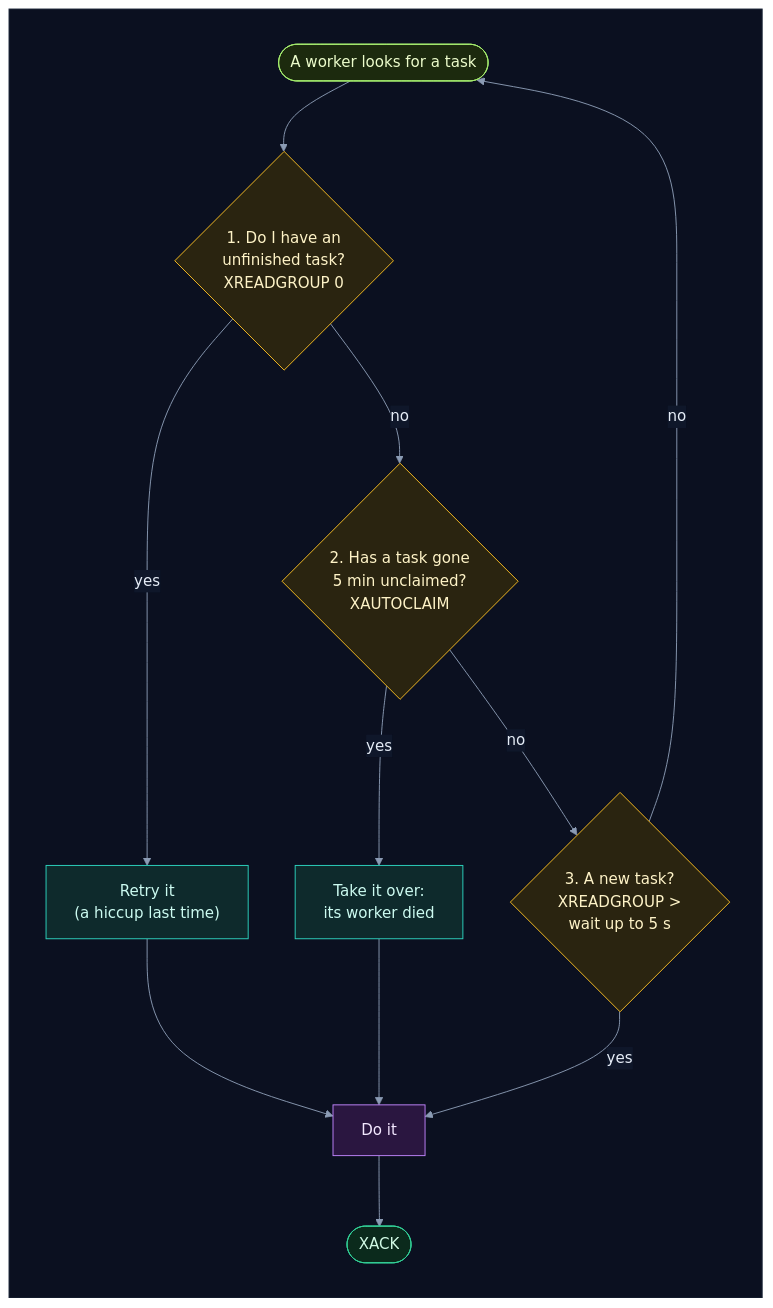
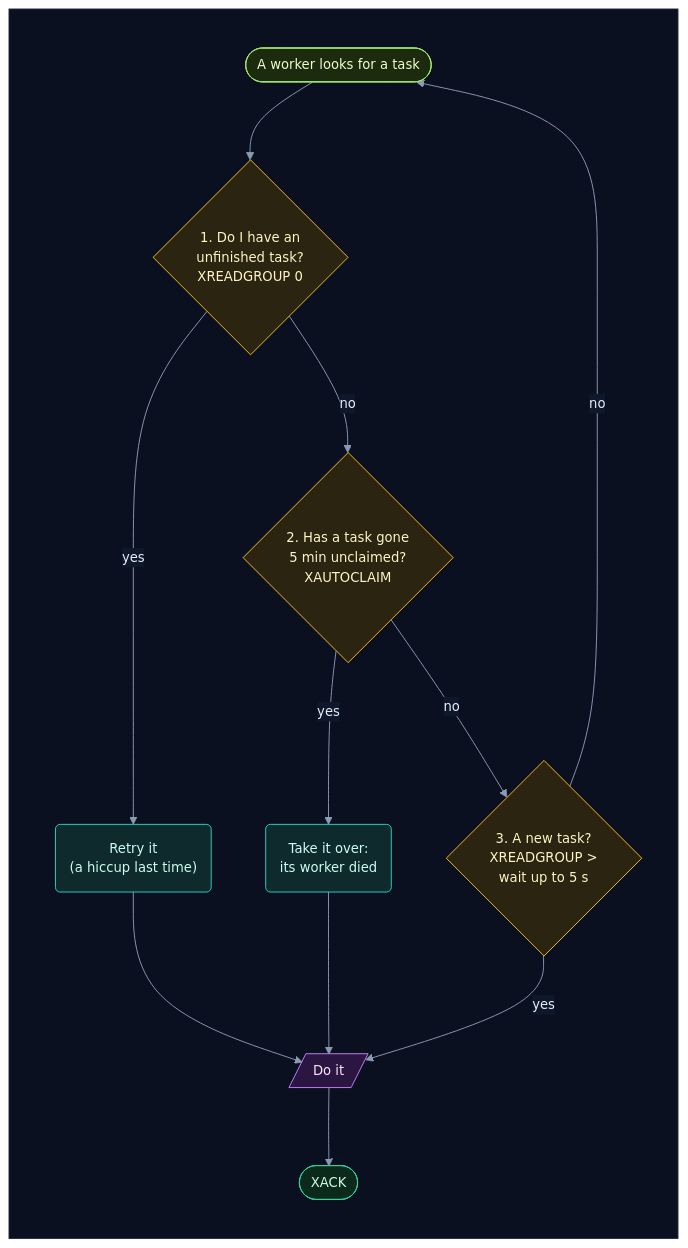
Before and after one commit to selvakumarperumal/Regulatory_Circular_Impact_Agent: the ninth of 21 diagrams in how_the_worker_works.md, drawn with Mermaid. The commit also changed other lines of this file and 5 other files, not shown here.

Commit message:
Give the docs' flowcharts a shape per kind of part, more room and slightly smaller text

````diff
--- a/how_the_worker_works.md
+++ b/how_the_worker_works.md
@@ -642,33 +642,33 @@
 ```mermaid
-%%{init: {"theme": "base", "flowchart": {"diagramPadding": 0}, "themeVariables": {"darkMode": true, "primaryColor": "#16213a", "primaryTextColor": "#e6edf7", "primaryBorderColor": "#475a7a", "lineColor": "#8b9bb4", "secondaryColor": "#1b2436", "tertiaryColor": "#101a2e", "edgeLabelBackground": "#0f172a", "textColor": "#e2e8f0", "clusterBkg": "#0f1728", "clusterBorder": "#2b3a55", "titleColor": "#c4b5fd", "nodeTextColor": "#e6edf7"}}}%%
+%%{init: {"theme": "base", "flowchart": {"diagramPadding": 0, "nodeSpacing": 58, "rankSpacing": 58, "curve": "basis"}, "themeVariables": {"fontSize": "14px", "darkMode": true, "primaryColor": "#16213a", "primaryTextColor": "#e6edf7", "primaryBorderColor": "#475a7a", "lineColor": "#8b9bb4", "secondaryColor": "#1b2436", "tertiaryColor": "#101a2e", "edgeLabelBackground": "#0f172a", "textColor": "#e2e8f0", "clusterBkg": "#0f1728", "clusterBorder": "#2b3a55", "titleColor": "#c4b5fd", "nodeTextColor": "#e6edf7"}}}%%
 flowchart TD
     subgraph canvas[" "]
         direction TB
         get(["A worker looks for a task"]) --> own{"1. Do I have an<br/>unfinished task?<br/>XREADGROUP 0"}
-        own -->|"yes"| retry["Retry it<br/>(a hiccup last time)"]
+        own -->|"yes"| retry("Retry it<br/>(a hiccup last time)")
         own -->|"no"| claim{"2. Has a task gone<br/>5 min unclaimed?<br/>XAUTOCLAIM"}
-        claim -->|"yes"| take["Take it over:<br/>its worker died"]
+        claim -->|"yes"| take("Take it over:<br/>its worker died")
         claim -->|"no"| new{"3. A new task?<br/>XREADGROUP &gt;<br/>wait up to 5 s"}
-        new -->|"yes"| run["Do it"]
+        new -->|"yes"| run[/"Do it"/]
         new -->|"no"| get
         retry --> run
         take --> run
         run --> ack(["XACK"])
     end
     classDef svc fill:#0e2a2c,stroke:#2dd4bf,color:#ccfbf1
     classDef data fill:#1c1a47,stroke:#818cf8,color:#e0e7ff
     classDef ext fill:#2a1640,stroke:#c084fc,color:#f3e8ff
     classDef gpu fill:#2d1b0c,stroke:#fb923c,color:#ffedd5
     classDef ask fill:#2a2410,stroke:#fbbf24,color:#fef3c7
     classDef ok fill:#0b2a1c,stroke:#34d399,color:#d1fae5
     classDef bad fill:#2e0f17,stroke:#fb7185,color:#ffe4e6
     classDef start fill:#1c2a0e,stroke:#a7ef6f,color:#ecfccb
     classDef muted fill:#1a2130,stroke:#64748b,color:#cbd5e1
     classDef queue fill:#0c2231,stroke:#38bdf8,color:#e0f2fe
     class get start
     class own,claim,new ask
     class retry,take svc
     class run ext
     class ack ok
     style canvas fill:#0b1020,stroke:#1e293b,color:#0b1020
 ```
````
